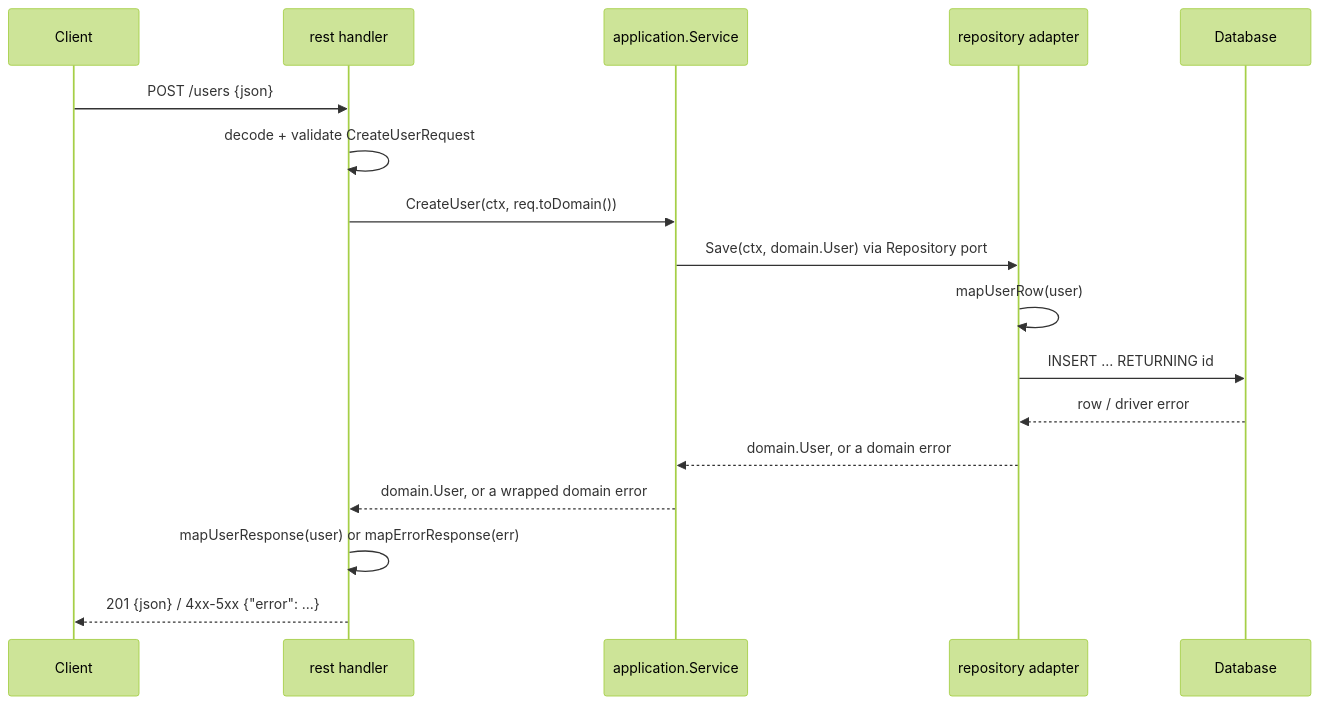
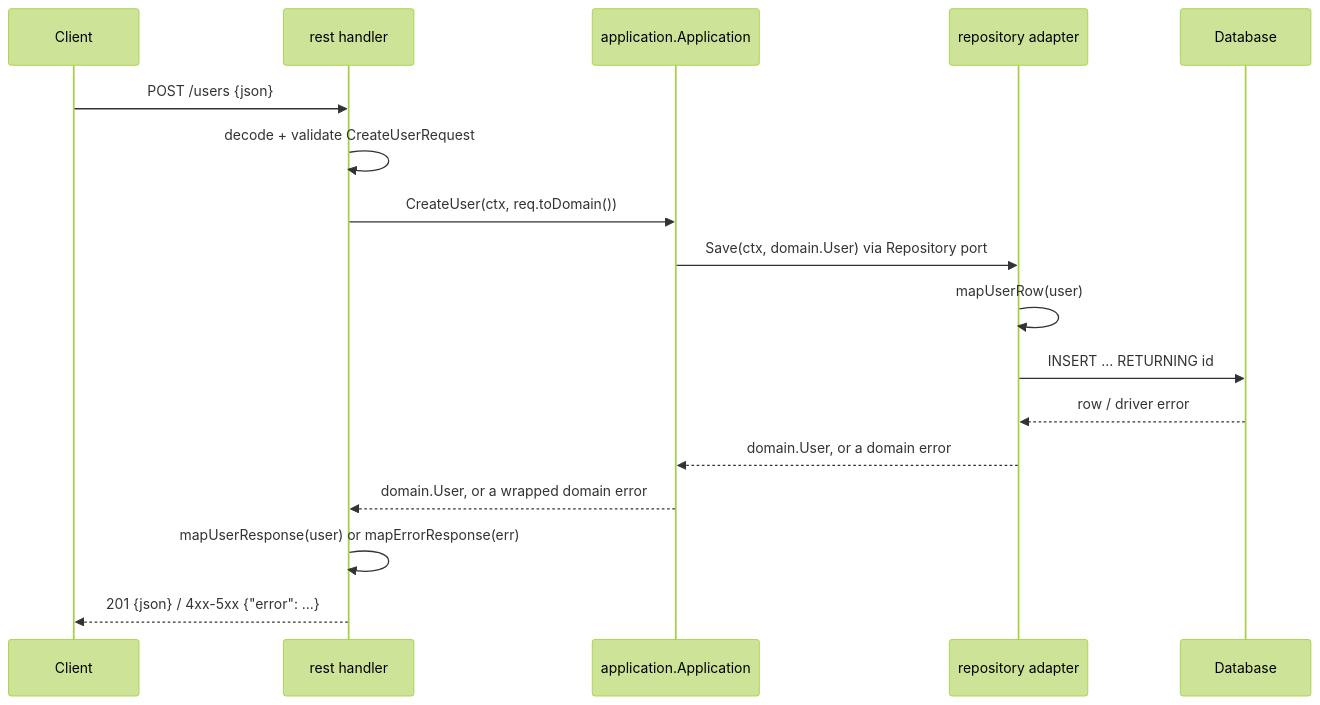
Before and after one commit to drew138/.dotfiles: the second of 2 diagrams in roles/ai/files/skills/go-service/references/architecture.md, drawn with Mermaid (forest theme). The commit also changed other lines of this file and 14 other files, not shown here.

First line of the commit message:
refactor(ai): name the application struct Application in go-service

````diff
--- a/roles/ai/files/skills/go-service/references/architecture.md
+++ b/roles/ai/files/skills/go-service/references/architecture.md
@@ -49,20 +40,20 @@
 ```mermaid
 sequenceDiagram
     participant C as Client
     participant H as rest handler
-    participant S as application.Service
+    participant S as application.Application
     participant R as repository adapter
     participant DB as Database
 
     C->>H: POST /users {json}
     H->>H: decode + validate CreateUserRequest
     H->>S: CreateUser(ctx, req.toDomain())
     S->>R: Save(ctx, domain.User) via Repository port
     R->>R: mapUserRow(user)
     R->>DB: INSERT … RETURNING id
     DB-->>R: row / driver error
     R-->>S: domain.User, or a domain error
     S-->>H: domain.User, or a wrapped domain error
     H->>H: mapUserResponse(user) or mapErrorResponse(err)
     H-->>C: 201 {json} / 4xx-5xx {"error": …}
 ```
````
